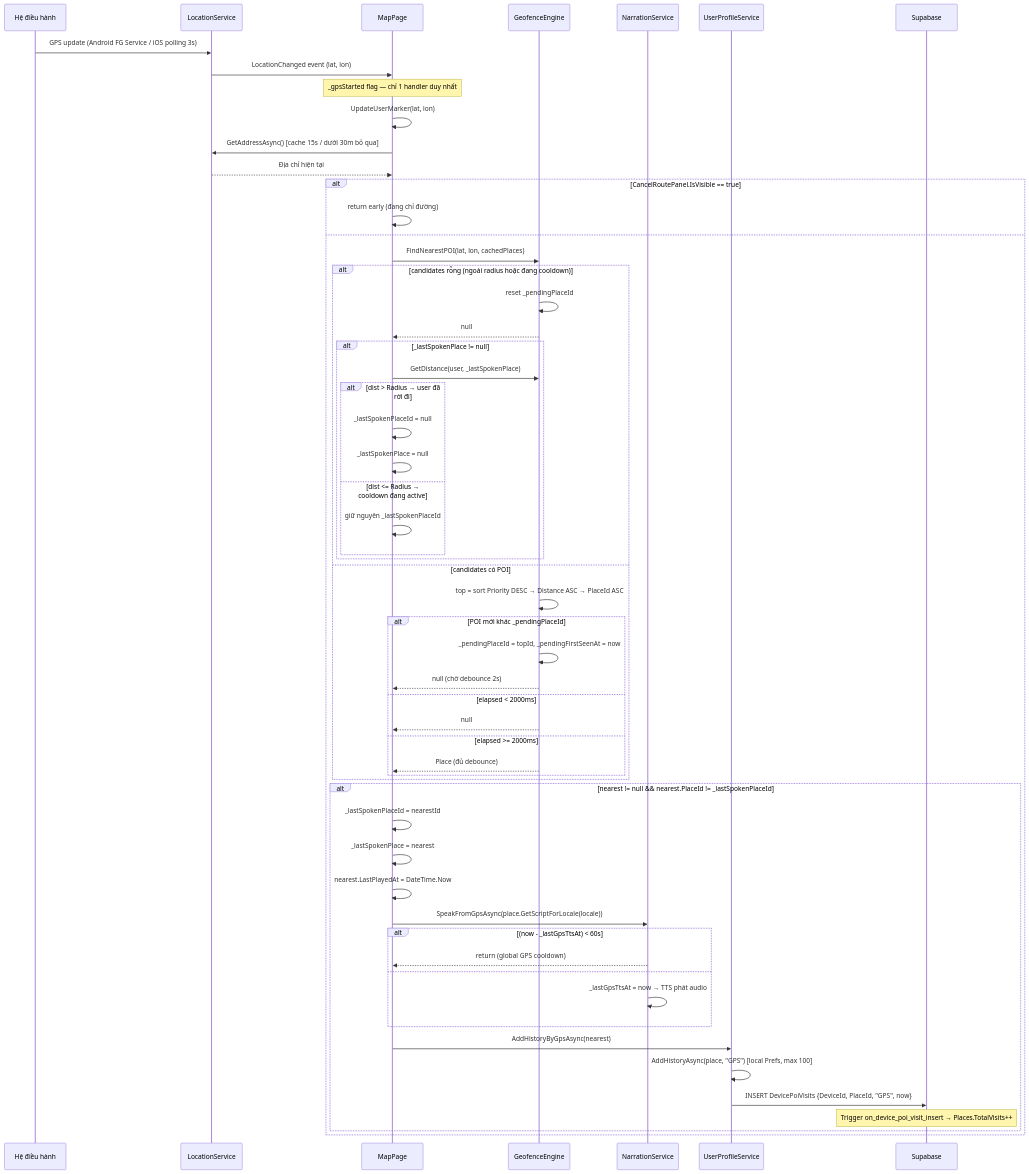
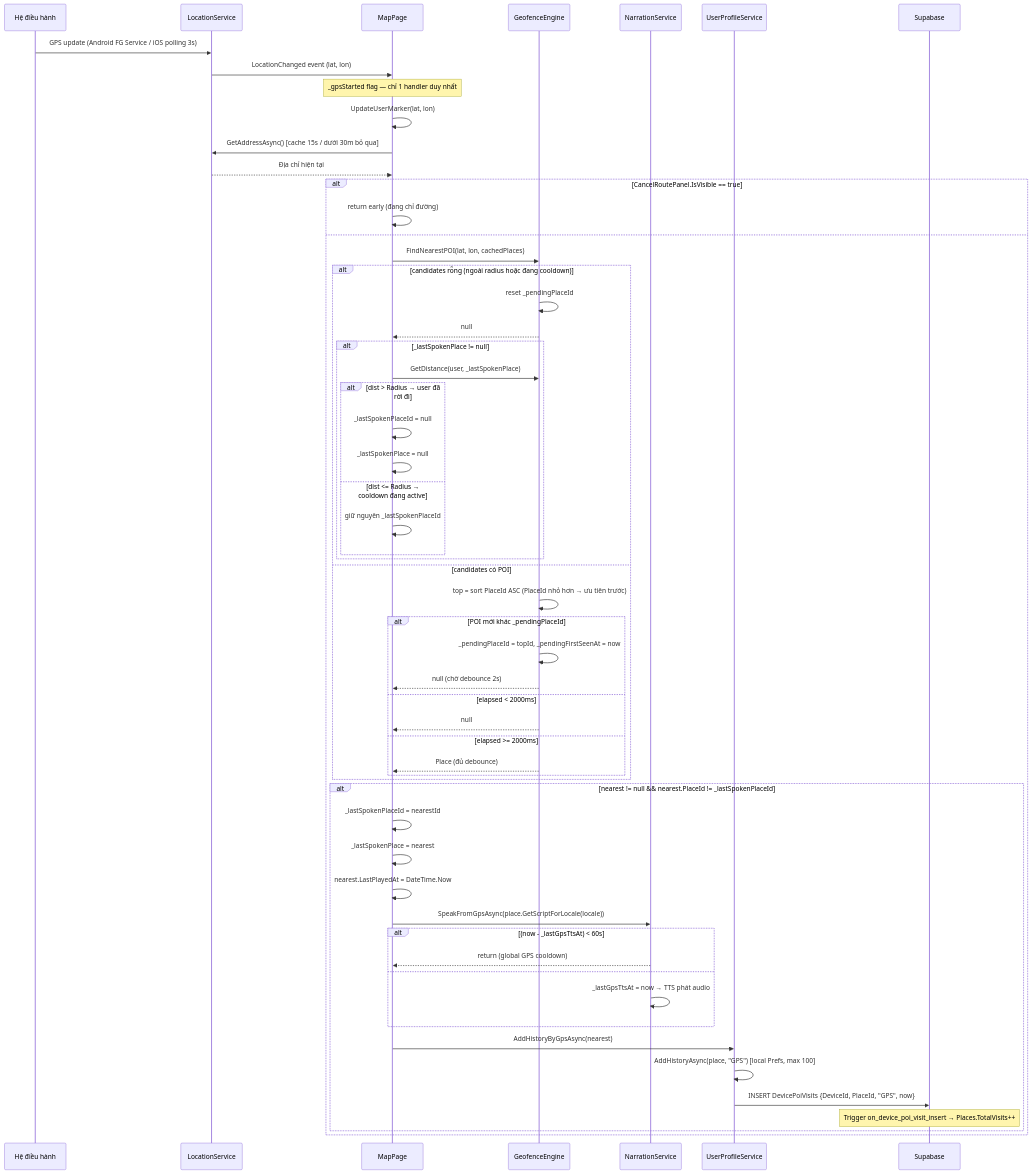
The eighth of 23 diagrams in PRD.md (MTai55/TourguideProjectApp), drawn with Mermaid before and after one commit. The commit also changed other lines of this file and 2 other files, not shown here.

````diff
--- a/PRD.md
+++ b/PRD.md
@@ -1379,64 +1409,64 @@
 ```mermaid
 sequenceDiagram
     participant OS as Hệ điều hành
     participant LS as LocationService
     participant MapPage
     participant GE as GeofenceEngine
     participant NS as NarrationService
     participant UPS as UserProfileService
     participant Supabase
 
     OS->>LS: GPS update (Android FG Service / iOS polling 3s)
     LS->>MapPage: LocationChanged event (lat, lon)
     Note over MapPage: _gpsStarted flag — chỉ 1 handler duy nhất
 
     MapPage->>MapPage: UpdateUserMarker(lat, lon)
     MapPage->>LS: GetAddressAsync() [cache 15s / dưới 30m bỏ qua]
     LS-->>MapPage: Địa chỉ hiện tại
 
     alt CancelRoutePanel.IsVisible == true
         MapPage->>MapPage: return early (đang chỉ đường)
     else
         MapPage->>GE: FindNearestPOI(lat, lon, cachedPlaces)
 
         alt candidates rỗng (ngoài radius hoặc đang cooldown)
             GE->>GE: reset _pendingPlaceId
             GE-->>MapPage: null
             alt _lastSpokenPlace != null
                 MapPage->>GE: GetDistance(user, _lastSpokenPlace)
                 alt dist > Radius → user đã rời đi
                     MapPage->>MapPage: _lastSpokenPlaceId = null
                     MapPage->>MapPage: _lastSpokenPlace = null
                 else dist <= Radius → cooldown đang active
                     MapPage->>MapPage: giữ nguyên _lastSpokenPlaceId
                 end
             end
         else candidates có POI
-            GE->>GE: top = sort Priority DESC → Distance ASC → PlaceId ASC
+            GE->>GE: top = sort PlaceId ASC (PlaceId nhỏ hơn → ưu tiên trước)
             alt POI mới khác _pendingPlaceId
                 GE->>GE: _pendingPlaceId = topId, _pendingFirstSeenAt = now
                 GE-->>MapPage: null (chờ debounce 2s)
             else elapsed < 2000ms
                 GE-->>MapPage: null
             else elapsed >= 2000ms
                 GE-->>MapPage: Place (đủ debounce)
             end
         end
 
         alt nearest != null && nearest.PlaceId != _lastSpokenPlaceId
             MapPage->>MapPage: _lastSpokenPlaceId = nearestId
             MapPage->>MapPage: _lastSpokenPlace = nearest
             MapPage->>MapPage: nearest.LastPlayedAt = DateTime.Now
             MapPage->>NS: SpeakFromGpsAsync(place.GetScriptForLocale(locale))
             alt (now - _lastGpsTtsAt) < 60s
                 NS-->>MapPage: return (global GPS cooldown)
             else
                 NS->>NS: _lastGpsTtsAt = now → TTS phát audio
             end
             MapPage->>UPS: AddHistoryByGpsAsync(nearest)
             UPS->>UPS: AddHistoryAsync(place, "GPS") [local Prefs, max 100]
             UPS->>Supabase: INSERT DevicePoiVisits {DeviceId, PlaceId, "GPS", now}
             Note over Supabase: Trigger on_device_poi_visit_insert → Places.TotalVisits++
         end
     end
 ```
````
